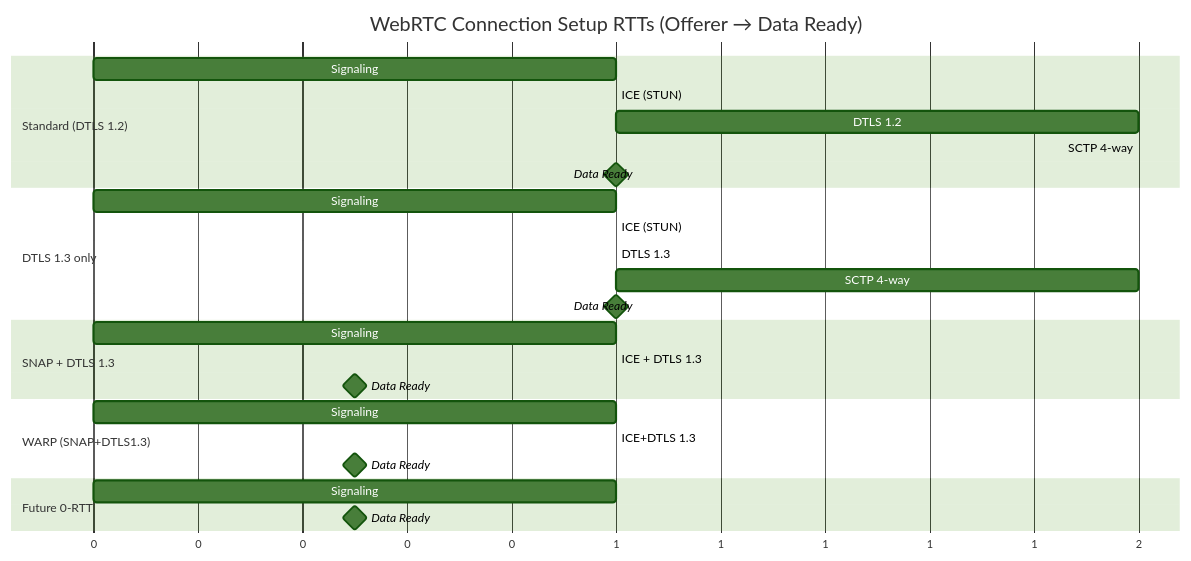
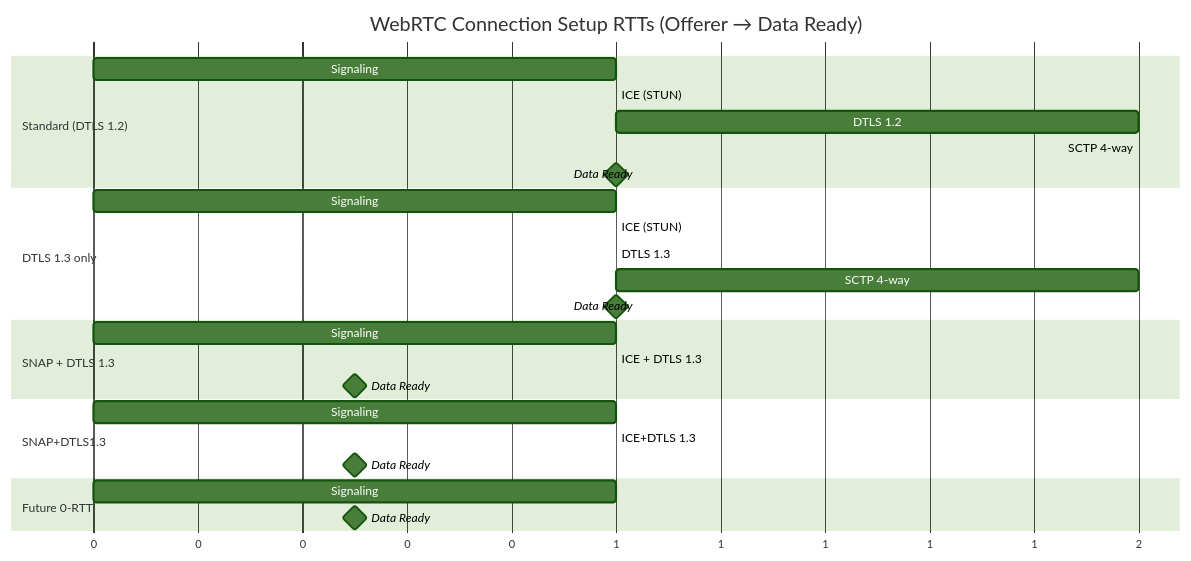
One commit to xnorpx/str0m_browser_integration_tests changed the eighth of 10 diagrams in README.md. Above: the diagram before and after it, drawn with Mermaid (forest theme). The commit also changed other lines of this file, not shown here.

Commit message:
docs: Shift focus purely to DTLS 1.3 and SNAP optimizations

````diff
--- a/README.md
+++ b/README.md
@@ -254,34 +254,34 @@
 ```mermaid
 gantt
     title WebRTC Connection Setup RTTs (Offerer → Data Ready)
     dateFormat X
     axisFormat %s
 
     section Standard (DTLS 1.2)
     Signaling       :a0, 0, 1
     ICE (STUN)      :a1, after a0, 1
     DTLS 1.2        :a2, after a1, 2
     SCTP 4-way      :a3, after a2, 2
     Data Ready      :milestone, after a3, 0
 
     section DTLS 1.3 only
     Signaling       :b0, 0, 1
     ICE (STUN)      :b1, after b0, 1
     DTLS 1.3        :b2, after b1, 1
     SCTP 4-way      :b3, after b2, 2
     Data Ready      :milestone, after b3, 0
 
     section SNAP + DTLS 1.3
     Signaling       :c0, 0, 1
     ICE + DTLS 1.3  :c1, after c0, 1
     Data Ready      :milestone, after c1, 0
 
-    section WARP (SNAP+DTLS1.3)
+    section SNAP+DTLS1.3
     Signaling       :d0, 0, 1
     ICE+DTLS 1.3    :d1, after d0, 1
     Data Ready      :milestone, after d1, 0
 
     section Future 0-RTT
     Signaling       :e0, 0, 1
     Data Ready      :milestone, after e0, 0
 ```
````
